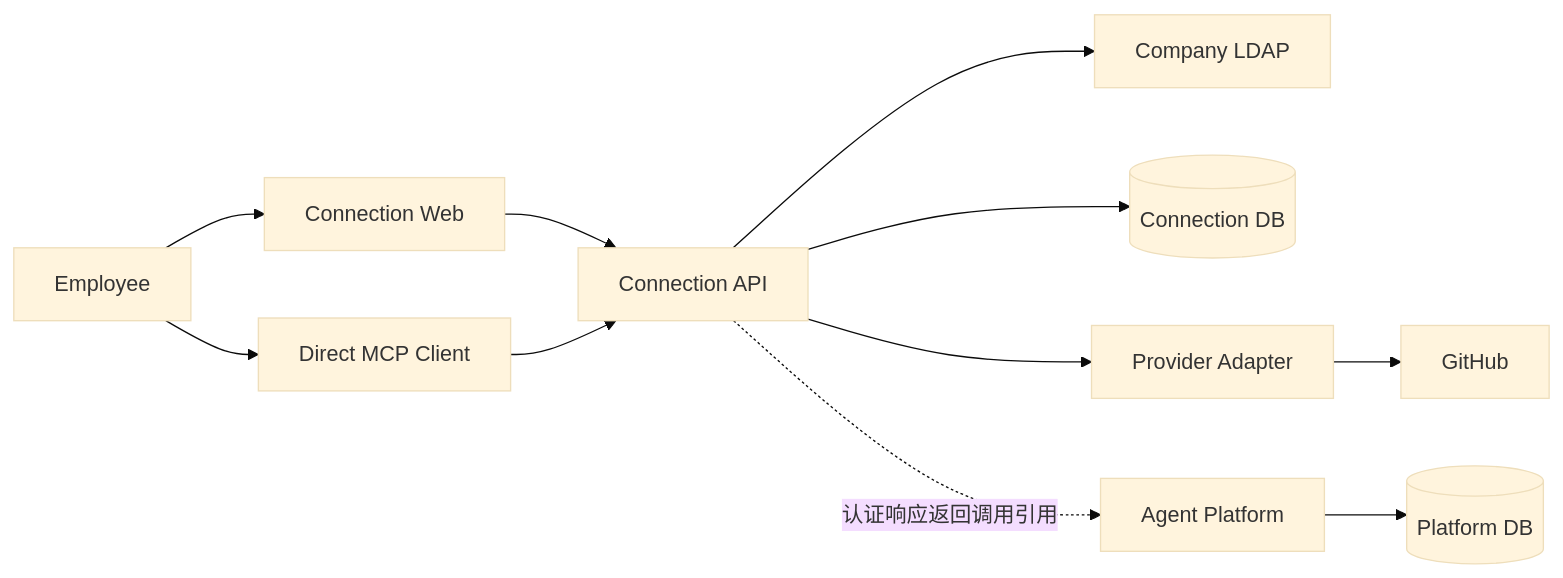
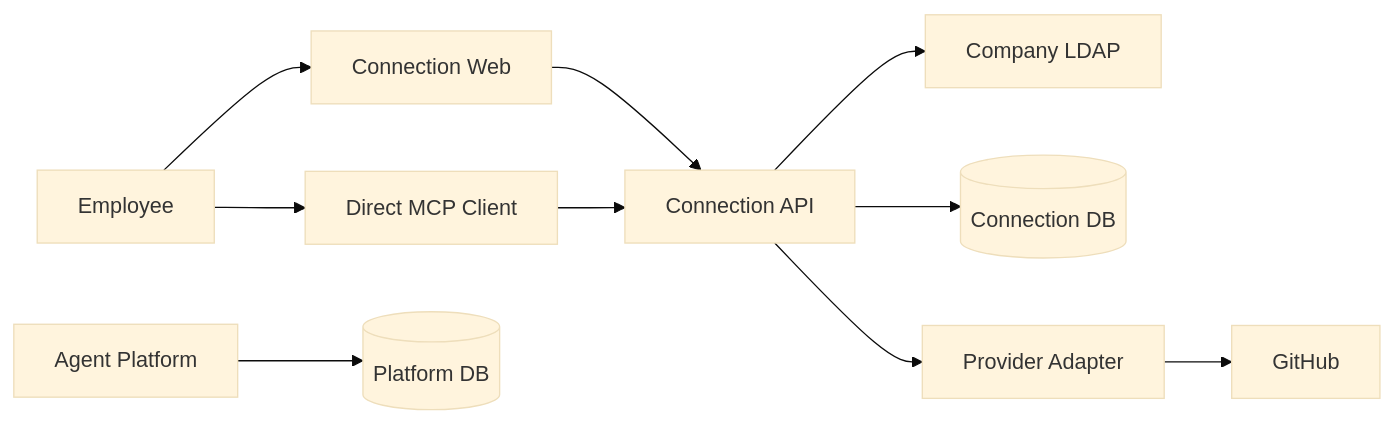
The first of 2 diagrams in docs/architecture/HLD-connection-M1.md (AgoraIO-Extensions/agent-infra), drawn with Mermaid (base theme) before and after one commit. The commit also changed other lines of this file and 2 other files, not shown here.

````diff
--- a/docs/architecture/HLD-connection-M1.md
+++ b/docs/architecture/HLD-connection-M1.md
@@ -20,13 +20,12 @@
 ```mermaid
 flowchart LR
     U[Employee] --> CW[Connection Web]
     U --> MC[Direct MCP Client]
     CW --> CA[Connection API]
     MC --> CA
     CA --> LDAP[Company LDAP]
     CA --> CD[(Connection DB)]
     CA --> K[Provider Adapter]
     K --> GH[GitHub]
     AP[Agent Platform] --> PD[(Platform DB)]
-    CA -.->|认证响应返回调用引用| AP
 ```
````
